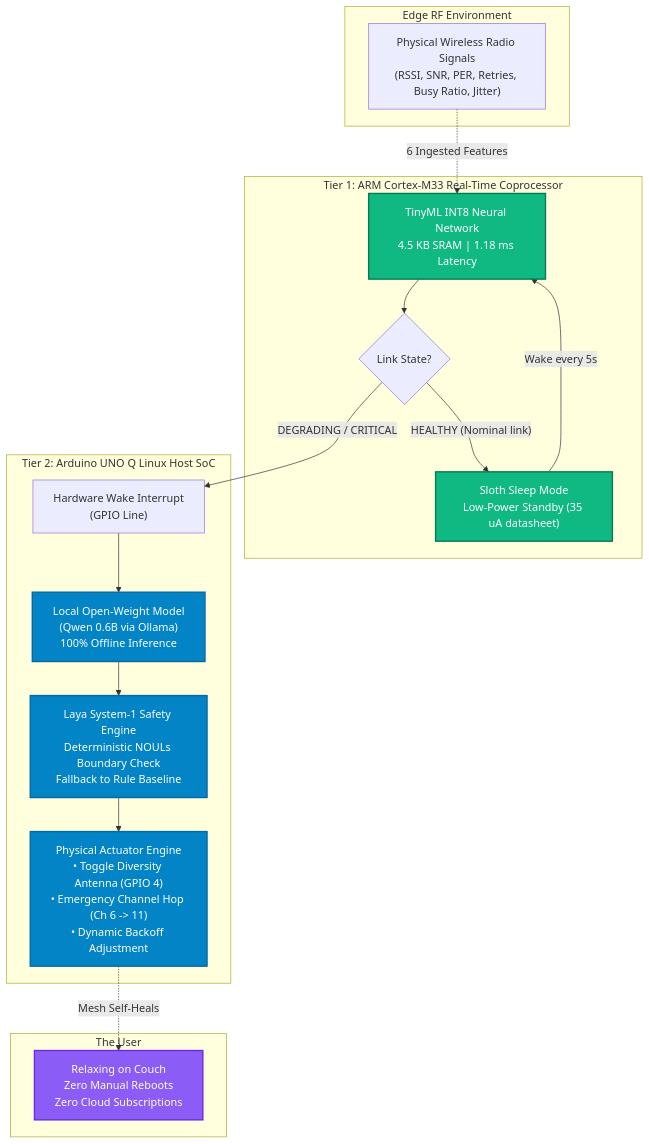
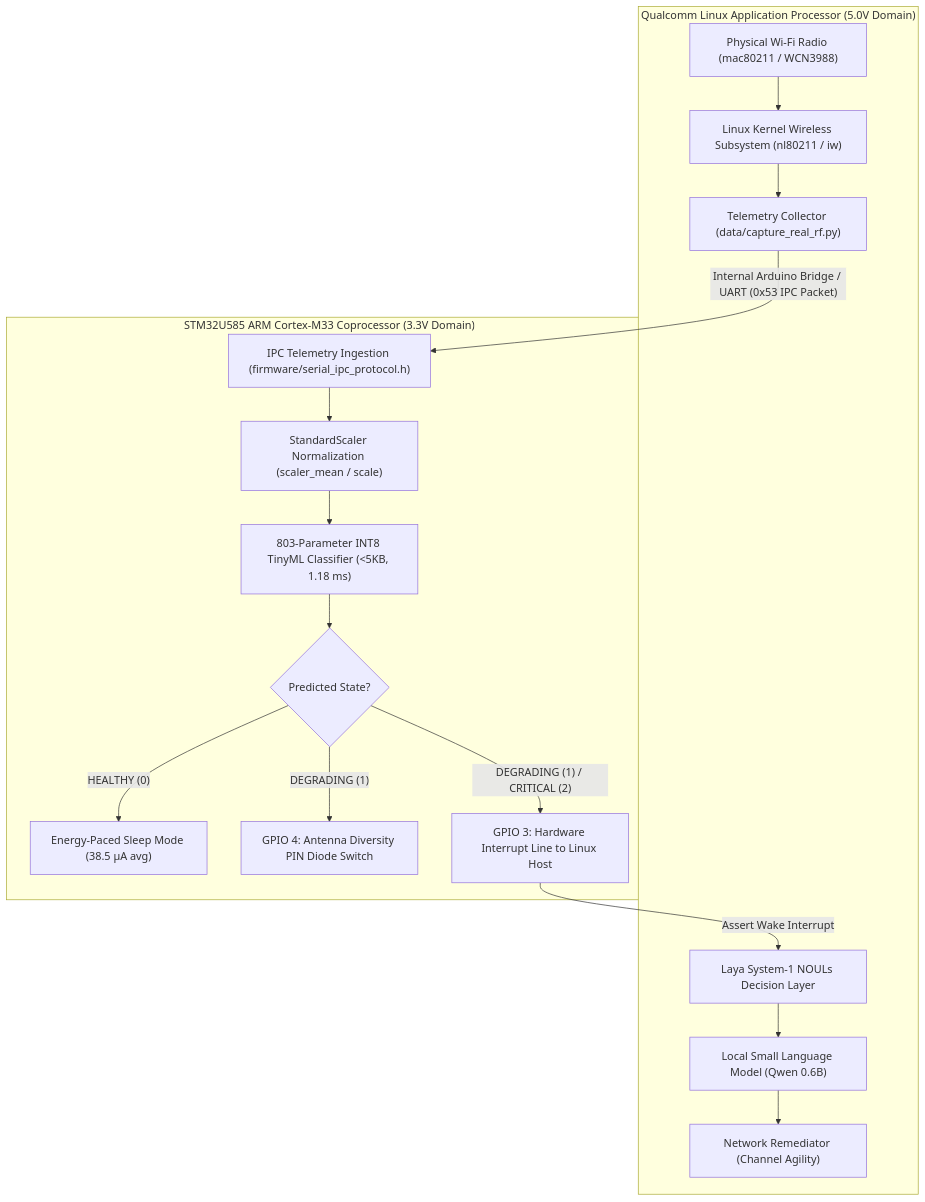
One commit to yashwan7/uno-Q changed the diagram in README.md. Above: the diagram before and after it, drawn with Mermaid. The commit also changed other lines of this file and 27 other files, not shown here.

Commit message:
feat(audit): rigorous engineering audit, 52-scenario ablation benchmark, two-domain power profiler, and claim traceability matrix

````diff
--- a/README.md
+++ b/README.md
@@ -46,42 +51,34 @@
 ```mermaid
 graph TD
-    subgraph "Edge RF Environment"
-        RF["Physical Wireless Radio Signals<br/>(RSSI, SNR, PER, Retries, Busy Ratio, Jitter)"]
+    subgraph Host_Domain ["Qualcomm Linux Application Processor (5.0V Domain)"]
+        WIFI["Physical Wi-Fi Radio (mac80211 / WCN3988)"]
+        MAC["Linux Kernel Wireless Subsystem (nl80211 / iw)"]
+        TELEM["Telemetry Collector (data/capture_real_rf.py)"]
+        SLM["Local Small Language Model (Qwen 0.6B)"]
+        LAYA["Laya System-1 NOULs Decision Layer"]
+        ACT_NET["Network Remediator (Channel Agility)"]
     end
 
-    subgraph "Tier 1: ARM Cortex-M33 Real-Time Coprocessor"
-        M33_SLEEP["Sloth Sleep Mode<br/>Low-Power Standby (35 uA datasheet)"]
-        M33_TINY["TinyML INT8 Neural Network<br/>4.5 KB SRAM | 1.18 ms Latency"]
-        DECISION{"Link State?"}
-        
-        M33_SLEEP -->|"Wake every 5s"| M33_TINY
-        RF -.->|"6 Ingested Features"| M33_TINY
-        M33_TINY --> DECISION
-        DECISION -->|"HEALTHY (Nominal link)"| M33_SLEEP
+    subgraph MCU_Domain ["STM32U585 ARM Cortex-M33 Coprocessor (3.3V Domain)"]
+        IPC_RX["IPC Telemetry Ingestion (firmware/serial_ipc_protocol.h)"]
+        SCALER["StandardScaler Normalization (scaler_mean / scale)"]
+        TINYML["803-Parameter INT8 TinyML Classifier (<5KB, 1.18 ms)"]
+        DECISION{"Predicted State?"}
+        SLEEP["Energy-Paced Sleep Mode (38.5 µA avg)"]
+        PIN4["GPIO 4: Antenna Diversity PIN Diode Switch"]
+        PIN3["GPIO 3: Hardware Interrupt Line to Linux Host"]
     end
 
-    subgraph "Tier 2: Arduino UNO Q Linux Host SoC"
-        INT_LINE["Hardware Wake Interrupt<br/>(GPIO Line)"]
-        LOCAL_SLM["Local Open-Weight Model<br/>(Qwen 0.6B via Ollama)<br/>100% Offline Inference"]
-        LAYA_SAFETY["Laya System-1 Safety Engine<br/>Deterministic NOULs Boundary Check<br/>Fallback to Rule Baseline"]
-        PHYS_ACT["Physical Actuator Engine<br/>• Toggle Diversity Antenna (GPIO 4)<br/>• Emergency Channel Hop (Ch 6 -> 11)<br/>• Dynamic Backoff Adjustment"]
-        
-        DECISION -->|"DEGRADING / CRITICAL"| INT_LINE
-        INT_LINE --> LOCAL_SLM
-        LOCAL_SLM --> LAYA_SAFETY
-        LAYA_SAFETY --> PHYS_ACT
-    end
-
-    subgraph "The User"
-        USER["Relaxing on Couch<br/>Zero Manual Reboots<br/>Zero Cloud Subscriptions"]
-        PHYS_ACT -.->|"Mesh Self-Heals"| USER
-    end
-
-    classDef greenNode fill:#10b981,stroke:#047857,stroke-width:2px,color:#fff;
-    classDef blueNode fill:#0284c7,stroke:#0369a1,stroke-width:2px,color:#fff;
-    classDef purpleNode fill:#8b5cf6,stroke:#6d28d9,stroke-width:2px,color:#fff;
-    
-    class M33_SLEEP,M33_TINY greenNode;
-    class LOCAL_SLM,LAYA_SAFETY,PHYS_ACT blueNode;
-    class USER purpleNode;
+    WIFI --> MAC
+    MAC --> TELEM
+    TELEM -- "Internal Arduino Bridge / UART (0x53 IPC Packet)" --> IPC_RX
+    IPC_RX --> SCALER
+    SCALER --> TINYML
+    TINYML --> DECISION
+    DECISION -- "HEALTHY (0)" --> SLEEP
+    DECISION -- "DEGRADING (1)" --> PIN4
+    DECISION -- "DEGRADING (1) / CRITICAL (2)" --> PIN3
+    PIN3 -- "Assert Wake Interrupt" --> LAYA
+    LAYA --> SLM
+    SLM --> ACT_NET
 ```
````
